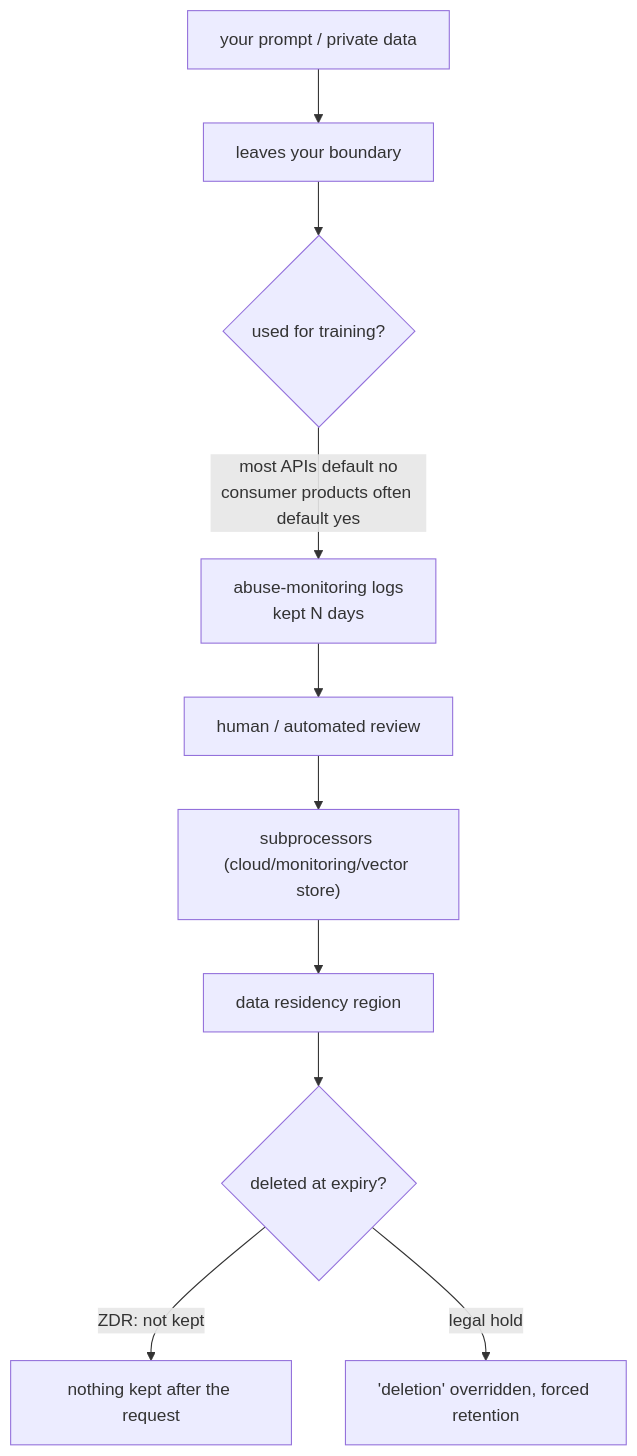
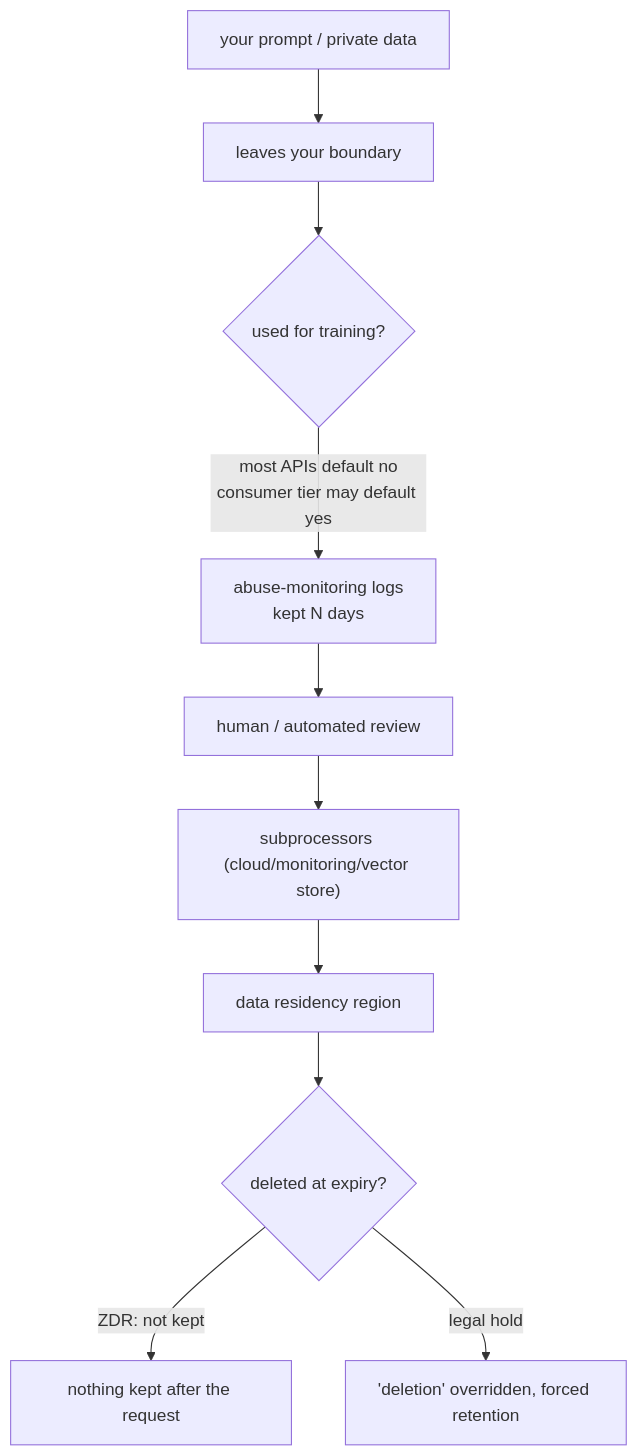
The diagram in i18n/en/docusaurus-plugin-content-docs-privacy/current/06-governance-compliance/inference-service-data-boundary.mdx (XuebinMa/AIWiki), drawn with Mermaid before and after one commit. The commit also changed other lines of this file and 10 other files, not shown here.

````diff
--- a/i18n/en/docusaurus-plugin-content-docs-privacy/current/06-governance-compliance/inference-service-data-boundary.mdx
+++ b/i18n/en/docusaurus-plugin-content-docs-privacy/current/06-governance-compliance/inference-service-data-boundary.mdx
@@ -34,12 +34,12 @@
 ```mermaid
 flowchart TB
     P["your prompt / private data"] --> X["leaves your boundary"]
     X --> T{"used for training?"}
-    T -->|most APIs default no<br/>consumer products often default yes| L["abuse-monitoring logs<br/>kept N days"]
+    T -->|most APIs default no<br/>consumer tier may default yes| L["abuse-monitoring logs<br/>kept N days"]
     L --> H["human / automated review"]
     H --> S["subprocessors (cloud/monitoring/vector store)"]
     S --> Reg["data residency region"]
     Reg --> D{"deleted at expiry?"}
     D -->|ZDR: not kept| Z["nothing kept after the request"]
     D -->|legal hold| Hold["'deletion' overridden, forced retention"]
 ```
````
